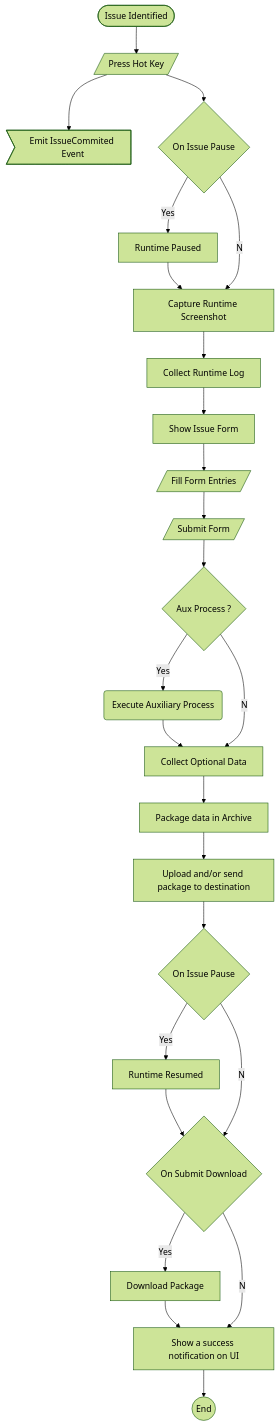
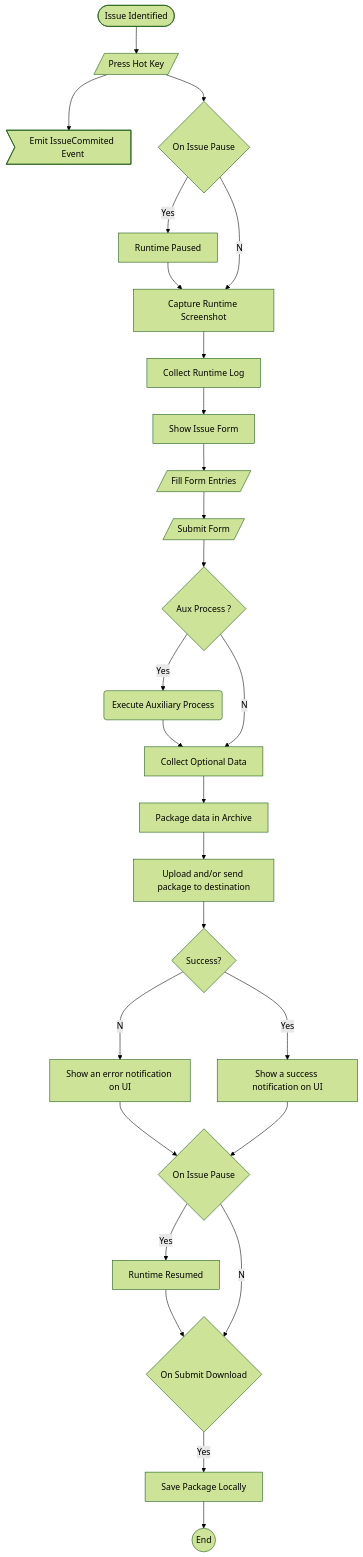
Before and after one commit to MaslasBros/betamax: the diagram in README.md, drawn with Mermaid (forest theme). The commit also changed other lines of this file, not shown here.

````diff
--- a/README.md
+++ b/README.md
@@ -9,38 +31,43 @@
 ```mermaid
 flowchart TD
     strt([Issue Identified])
     act1[/Press Hot Key/]
     evnt2[Runtime Paused]
     evnt3[Capture Runtime Screenshot]
     evnt4[Collect Runtime Log]
     evnt5[Show Issue Form]
     act2[/Fill Form Entries/]
     act3[/Submit Form/]
     evnt6[Package data in Archive]
     evnt7[Upload and/or send package to destination]
     evnt8[Runtime Resumed]
     evnt9[Show a success notification on UI]
     evnt10>Emit IssueCommited Event]
     evnt11(Execute Auxiliary Process)
     evnt12[Collect Optional Data]
-    evnt13[Download Package]
+    evnt13[Save Package Locally]
+    evnt14[Show an error notification on UI]
     nd((End))
     if1{On Issue Pause}
     if2{On Issue Pause}
     if3{Aux Process ?}
     if4{On Submit Download}
+    if5{Success?}
 
     strt --> act1 --> if1
     act1 --> evnt10
     if1 --Yes--> evnt2 --> evnt3
     if1 --No--> evnt3
     evnt3 --> evnt4 --> evnt5
     evnt5 --> act2 --> act3 --> if3
     if3 --Yes--> evnt11 --> evnt12
-    if3 --No--> evnt12 --> evnt6 --> evnt7 --> if2
+    if3 --No--> evnt12 --> evnt6 --> evnt7 --> if5
+    if5 --No--> evnt14
+    evnt14 --> if2
+    evnt9 --> if2
+    if5 --Yes--> evnt9
     if2 --Yes--> evnt8 --> if4
     if2 --No--> if4
-    if4 --Yes--> evnt13 --> evnt9
-    if4 --No--> evnt9
-    evnt9 --> nd
+    if4 --Yes--> evnt13
+    evnt13 --> nd
 ```
````
